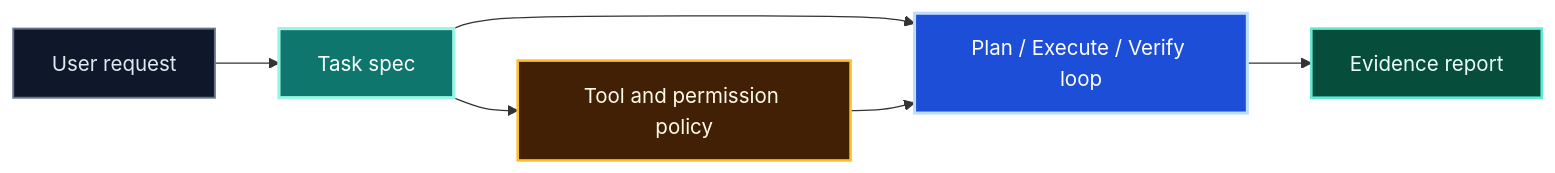
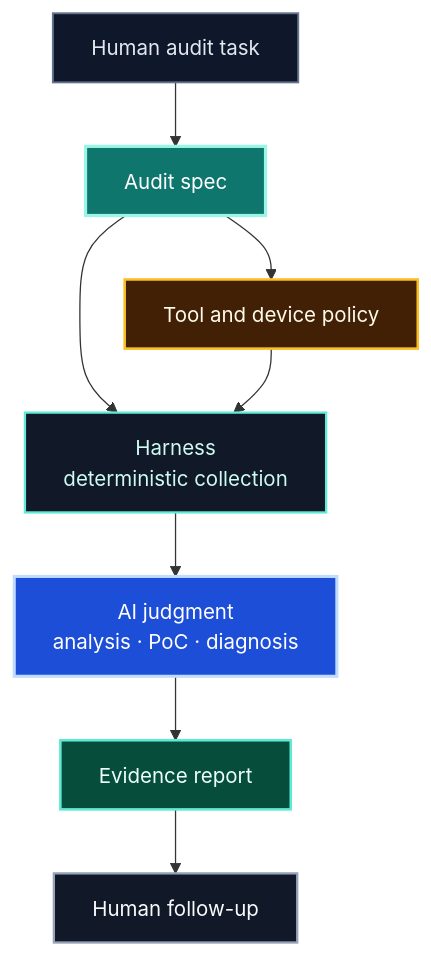
One commit to koalav/present-anyything changed the ninth of 16 diagrams in docs/ai-agent-effective-use/mermaid-diagrams.md. Above: the diagram before and after it, drawn with Mermaid. The commit also changed other lines of this file and 26 other files, not shown here.

````diff
--- a/docs/ai-agent-effective-use/mermaid-diagrams.md
+++ b/docs/ai-agent-effective-use/mermaid-diagrams.md
@@ -190,13 +181,17 @@
 ```mermaid
-flowchart LR
-  User[User request]:::input --> Spec[Task spec]:::core
-  Spec --> Loop[Plan / Execute / Verify loop]:::loop
-  Loop --> Evidence[Evidence report]:::success
-  Spec --> Guard[Tool and permission policy]:::guard
-  Guard --> Loop
+flowchart TB
+  Work["Human audit task"]:::input --> Spec["Audit spec"]:::core
+  Spec --> Harness["Harness<br/>deterministic collection"]:::tool
+  Harness --> AI["AI judgment<br/>analysis · PoC · diagnosis"]:::loop
+  AI --> Evidence["Evidence report"]:::success
+  Evidence --> Human["Human follow-up"]:::human
+  Spec --> Guard[Tool and device policy]:::guard
+  Guard --> Harness
   classDef input fill:#0f172a,stroke:#64748b,color:#e2e8f0,stroke-width:1.5px;
   classDef core fill:#0f766e,stroke:#99f6e4,color:#ffffff,stroke-width:2.5px;
+  classDef tool fill:#111827,stroke:#5eead4,color:#ccfbf1,stroke-width:1.8px;
   classDef loop fill:#1d4ed8,stroke:#bfdbfe,color:#ffffff,stroke-width:2.4px;
   classDef guard fill:#422006,stroke:#fbbf24,color:#fffbeb,stroke-width:2px;
+  classDef human fill:#111827,stroke:#94a3b8,color:#f8fafc,stroke-width:1.8px;
   classDef success fill:#064e3b,stroke:#5eead4,color:#ecfeff,stroke-width:2px;
 ```
````
